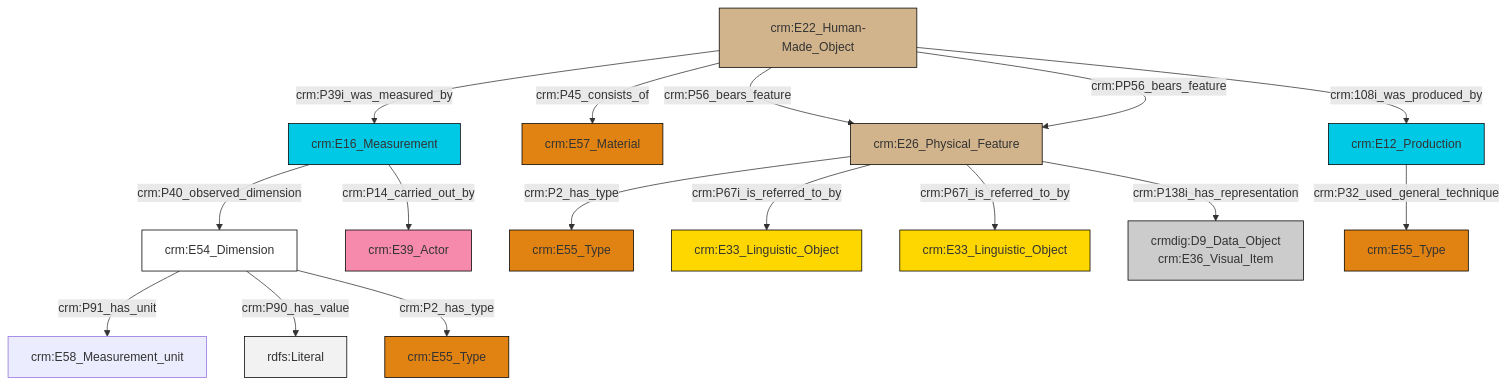
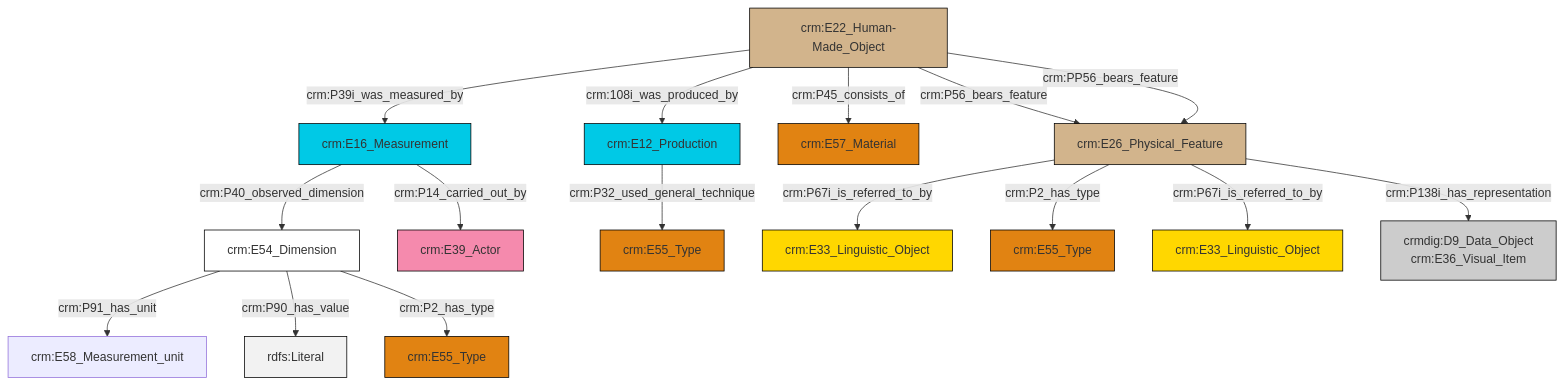
The diagram in et/carrierCSV/ttl/mmd/carrier_substance.ttl.mmd (swiss-art-research-net/docs.swissartresearch), drawn with Mermaid before and after one commit. The commit also changed 181 other files, not shown here.

```diff
--- a/et/carrierCSV/ttl/mmd/carrier_substance.ttl.mmd
+++ b/et/carrierCSV/ttl/mmd/carrier_substance.ttl.mmd
@@ -1,30 +1,30 @@
 graph TD
 classDef Literal fill:#f2f2f2,stroke:#000000;
 classDef CRM_Entity fill:#FFFFFF,stroke:#000000;
 classDef Temporal_Entity fill:#00C9E6, stroke:#000000;
 classDef Type fill:#E18312, stroke:#000000;
 classDef Time-Span fill:#2C9C91, stroke:#000000;
 classDef Appellation fill:#FFEB7F, stroke:#000000;
 classDef Place fill:#008836, stroke:#000000;
 classDef Persistent_Item fill:#B266B2, stroke:#000000;
 classDef Conceptual_Object fill:#FFD700, stroke:#000000;
 classDef Physical_Thing fill:#D2B48C, stroke:#000000;
 classDef Actor fill:#f58aad, stroke:#000000;
 classDef PC_Classes fill:#4ce600, stroke:#000000;
 classDef Multi fill:#cccccc,stroke:#000000;
 
-0["crm:E54_Dimension"]:::CRM_Entity -->|crm:P91_has_unit| 1["crm:E58_Measurement_unit"]:::Default
-2["crm:E16_Measurement"]:::Temporal_Entity -->|crm:P40_observed_dimension| 0["crm:E54_Dimension"]:::CRM_Entity
-3["crm:E26_Physical_Feature"]:::Physical_Thing -->|crm:P2_has_type| 4["crm:E55_Type"]:::Type
-7["crm:E12_Production"]:::Temporal_Entity -->|crm:P32_used_general_technique| 8["crm:E55_Type"]:::Type
-3["crm:E26_Physical_Feature"]:::Physical_Thing -->|crm:P67i_is_referred_to_by| 10["crm:E33_Linguistic_Object"]:::Conceptual_Object
-3["crm:E26_Physical_Feature"]:::Physical_Thing -->|crm:P67i_is_referred_to_by| 11["crm:E33_Linguistic_Object"]:::Conceptual_Object
-14["crm:E22_Human-Made_Object"]:::Physical_Thing -->|crm:P39i_was_measured_by| 2["crm:E16_Measurement"]:::Temporal_Entity
-0["crm:E54_Dimension"]:::CRM_Entity -->|crm:P90_has_value| 18[rdfs:Literal]:::Literal
-14["crm:E22_Human-Made_Object"]:::Physical_Thing -->|crm:P45_consists_of| 12["crm:E57_Material"]:::Type
-14["crm:E22_Human-Made_Object"]:::Physical_Thing -->|crm:P56_bears_feature| 3["crm:E26_Physical_Feature"]:::Physical_Thing
-14["crm:E22_Human-Made_Object"]:::Physical_Thing -->|crm:PP56_bears_feature| 3["crm:E26_Physical_Feature"]:::Physical_Thing
-3["crm:E26_Physical_Feature"]:::Physical_Thing -->|crm:P138i_has_representation| 16["crmdig:D9_Data_Object<br>crm:E36_Visual_Item"]:::Multi
-14["crm:E22_Human-Made_Object"]:::Physical_Thing -->|crm:108i_was_produced_by| 7["crm:E12_Production"]:::Temporal_Entity
-0["crm:E54_Dimension"]:::CRM_Entity -->|crm:P2_has_type| 5["crm:E55_Type"]:::Type
-2["crm:E16_Measurement"]:::Temporal_Entity -->|crm:P14_carried_out_by| 23["crm:E39_Actor"]:::Actor
+4["crm:E26_Physical_Feature"]:::Physical_Thing -->|crm:P67i_is_referred_to_by| 5["crm:E33_Linguistic_Object"]:::Conceptual_Object
+6["crm:E54_Dimension"]:::CRM_Entity -->|crm:P91_has_unit| 7["crm:E58_Measurement_unit"]:::Default
+12["crm:E16_Measurement"]:::Temporal_Entity -->|crm:P40_observed_dimension| 6["crm:E54_Dimension"]:::CRM_Entity
+15["crm:E22_Human-Made_Object"]:::Physical_Thing -->|crm:P39i_was_measured_by| 12["crm:E16_Measurement"]:::Temporal_Entity
+15["crm:E22_Human-Made_Object"]:::Physical_Thing -->|crm:108i_was_produced_by| 9["crm:E12_Production"]:::Temporal_Entity
+15["crm:E22_Human-Made_Object"]:::Physical_Thing -->|crm:P45_consists_of| 16["crm:E57_Material"]:::Type
+4["crm:E26_Physical_Feature"]:::Physical_Thing -->|crm:P2_has_type| 0["crm:E55_Type"]:::Type
+15["crm:E22_Human-Made_Object"]:::Physical_Thing -->|crm:P56_bears_feature| 4["crm:E26_Physical_Feature"]:::Physical_Thing
+9["crm:E12_Production"]:::Temporal_Entity -->|crm:P32_used_general_technique| 21["crm:E55_Type"]:::Type
+6["crm:E54_Dimension"]:::CRM_Entity -->|crm:P90_has_value| 23[rdfs:Literal]:::Literal
+6["crm:E54_Dimension"]:::CRM_Entity -->|crm:P2_has_type| 24["crm:E55_Type"]:::Type
+15["crm:E22_Human-Made_Object"]:::Physical_Thing -->|crm:PP56_bears_feature| 4["crm:E26_Physical_Feature"]:::Physical_Thing
+4["crm:E26_Physical_Feature"]:::Physical_Thing -->|crm:P67i_is_referred_to_by| 13["crm:E33_Linguistic_Object"]:::Conceptual_Object
+4["crm:E26_Physical_Feature"]:::Physical_Thing -->|crm:P138i_has_representation| 17["crmdig:D9_Data_Object<br>crm:E36_Visual_Item"]:::Multi
+12["crm:E16_Measurement"]:::Temporal_Entity -->|crm:P14_carried_out_by| 2["crm:E39_Actor"]:::Actor
```
